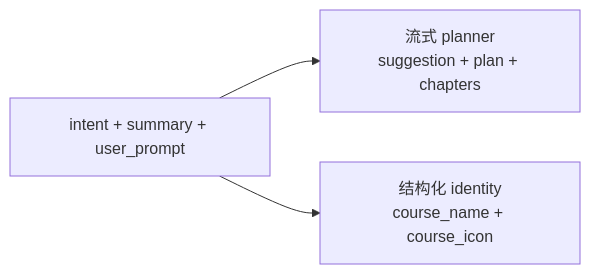
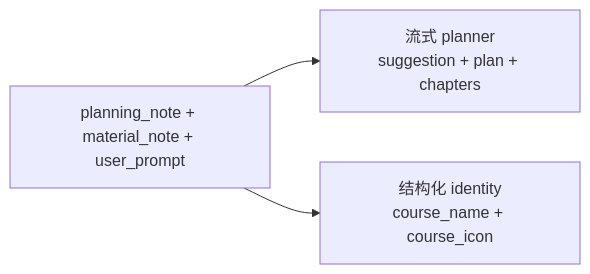
The third of 3 diagrams in backend/app/workflows/digest/planner/README.md (aiteachme/AITeachMe), drawn with Mermaid before and after one commit. The commit also changed other lines of this file and 34 other files, not shown here.

````diff
--- a/backend/app/workflows/digest/planner/README.md
+++ b/backend/app/workflows/digest/planner/README.md
@@ -93,5 +99,5 @@
 ```mermaid
 flowchart LR
-    X["intent + summary + user_prompt"] --> C["流式 planner<br/>suggestion + plan + chapters"]
+    X["planning_note + material_note + user_prompt"] --> C["流式 planner<br/>suggestion + plan + chapters"]
     X --> D["结构化 identity<br/>course_name + course_icon"]
 ```
````
